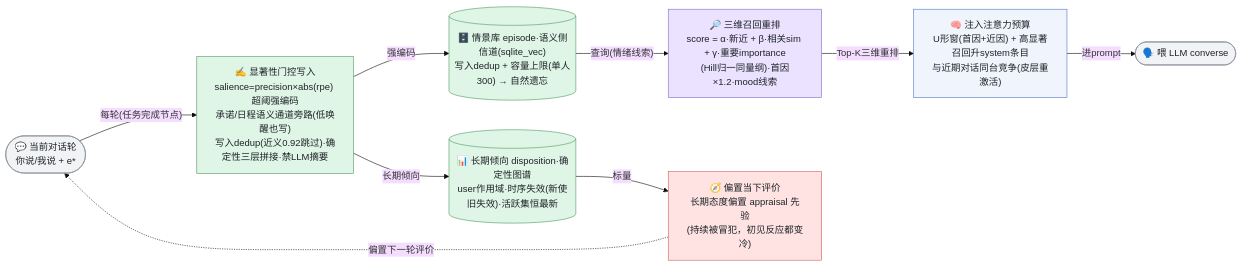
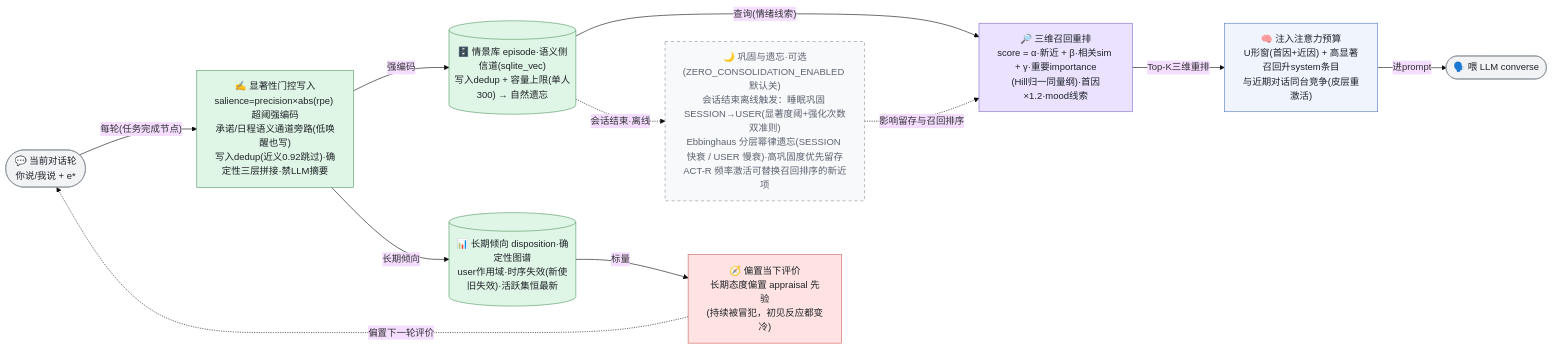
The diagram in docs/v2/memory-architecture.mmd (WizardHeHeJun/Zero), drawn with Mermaid (base theme) before and after one commit. The commit also changed 19 other files, not shown here.

First line of the commit message:
docs: 全量文档对齐 —— README 对外口径 + 图集 9→11 张 + 四处源码注释订正

```diff
--- a/docs/v2/memory-architecture.mmd
+++ b/docs/v2/memory-architecture.mmd
@@ -1,24 +1,28 @@
 flowchart LR
   turn(["💬 当前对话轮<br/>你说/我说 + e*"]):::terminal
   write["✍️ 显著性门控写入<br/>salience=precision×abs(rpe) 超阈强编码<br/>承诺/日程语义通道旁路(低唤醒也写)<br/>写入dedup(近义0.92跳过)·确定性三层拼接·禁LLM摘要"]:::memory
   episodes[("🗄️ 情景库 episode·语义侧信道(sqlite_vec)<br/>写入dedup + 容量上限(单人300) → 自然遗忘")]:::memory
   recall["🔎 三维召回重排<br/>score = α·新近 + β·相关sim + γ·重要importance<br/>(Hill归一同量纲)·首因×1.2·mood线索"]:::timescale
   inject["🧠 注入注意力预算<br/>U形窗(首因+近因) + 高显著召回升system条目<br/>与近期对话同台竞争(皮层重激活)"]:::appraise
   llm(["🗣️ 喂 LLM converse"]):::terminal
   disposition[("📊 长期倾向 disposition·确定性图谱<br/>user作用域·时序失效(新使旧失效)·活跃集恒最新")]:::memory
   bias["🧭 偏置当下评价<br/>长期态度偏置 appraisal 先验<br/>(持续被冒犯，初见反应都变冷)"]:::engine
+  consol["🌙 巩固与遗忘·可选(ZERO_CONSOLIDATION_ENABLED 默认关)<br/>会话结束离线触发：睡眠巩固 SESSION→USER(显著度阈+强化次数双准则)<br/>Ebbinghaus 分层幂律遗忘(SESSION 快衰 / USER 慢衰)·高巩固度优先留存<br/>ACT-R 频率激活可替换召回排序的新近项"]:::muted
 
   turn -->|"每轮(任务完成节点)"| write
   write -->|"强编码"| episodes
   write -->|"长期倾向"| disposition
   episodes -->|"查询(情绪线索)"| recall
   recall -->|"Top-K三维重排"| inject
   inject -->|"进prompt"| llm
   disposition -->|"标量"| bias
   bias -.->|"偏置下一轮评价"| turn
+  episodes -.->|"会话结束·离线"| consol
+  consol -.->|"影响留存与召回排序"| recall
 
   classDef terminal fill:#F1F3F5,stroke:#868E96,color:#1F2329
   classDef appraise fill:#F0F4FC,stroke:#5178C6,color:#1F2329
   classDef engine fill:#FEE3E2,stroke:#D25D5A,color:#1F2329
   classDef timescale fill:#EAE2FE,stroke:#8569CB,color:#1F2329
   classDef memory fill:#DFF5E5,stroke:#509863,color:#1F2329
+  classDef muted fill:#F8F9FA,stroke:#868E96,stroke-dasharray:5 5,color:#5C6370
```
